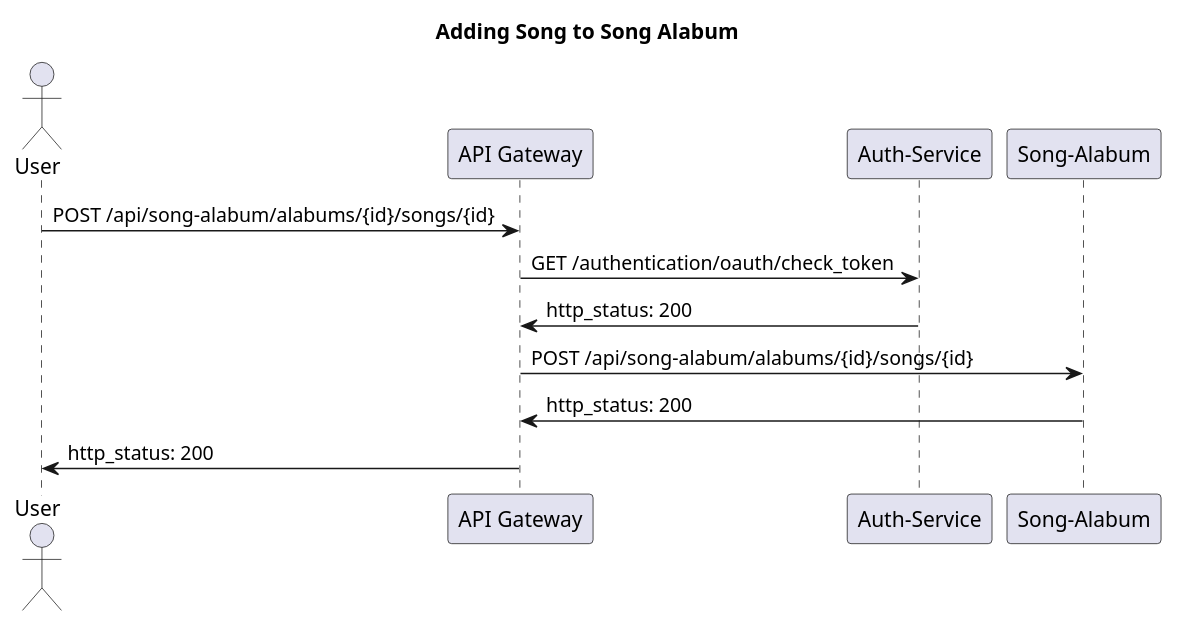
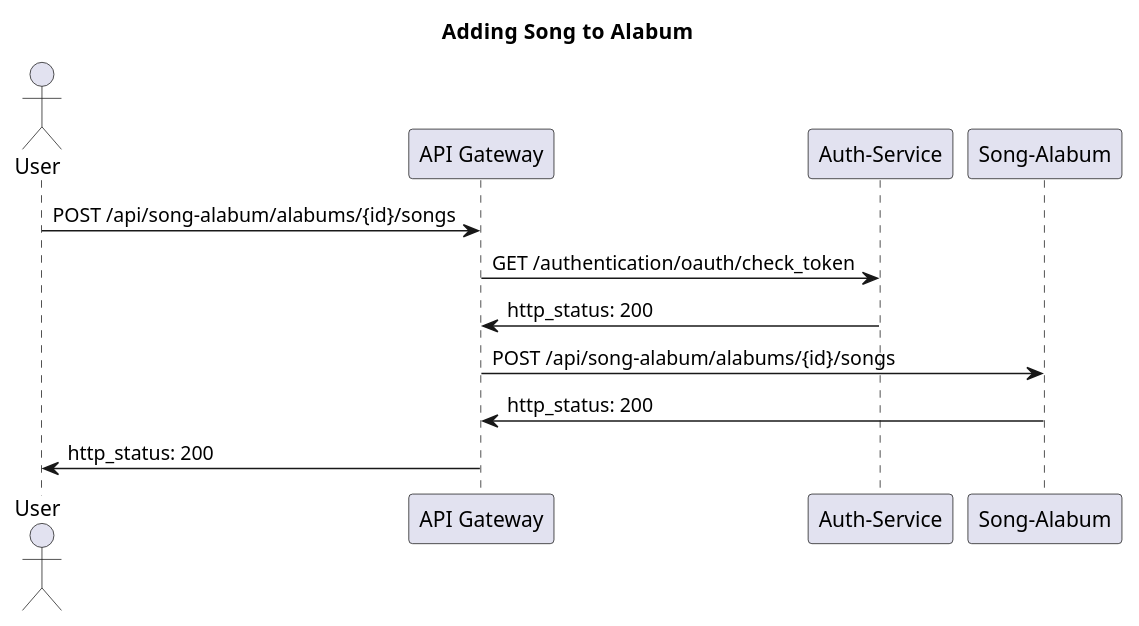
The diagram in sequence-diagram/adding-song-to-song-alabum.wsd (PheaSoy/java-microservice-completed-solution), drawn with PlantUML before and after one commit. The commit also changed 16 other files, not shown here.

Commit message:
Adding controller for song album.

```diff
--- a/sequence-diagram/adding-song-to-song-alabum.wsd
+++ b/sequence-diagram/adding-song-to-song-alabum.wsd
@@ -1,15 +1,15 @@
 @startuml
-    title : Adding Song to Song Alabum
+    title : Adding Song to  Alabum
     actor "User" as user
     participant "API Gateway" as api_gw
     participant "Auth-Service" as auth
     participant "Song-Alabum" as song_alabum
 
-    user -> api_gw: POST /api/song-alabum/alabums/{id}/songs/{id}
+    user -> api_gw: POST /api/song-alabum/alabums/{id}/songs
     api_gw -> auth: GET /authentication/oauth/check_token
     api_gw <- auth: http_status: 200
-    api_gw -> song_alabum: POST /api/song-alabum/alabums/{id}/songs/{id}
+    api_gw -> song_alabum: POST /api/song-alabum/alabums/{id}/songs
     api_gw <- song_alabum: http_status: 200
     user <- api_gw: http_status: 200
     
 @enduml
```
